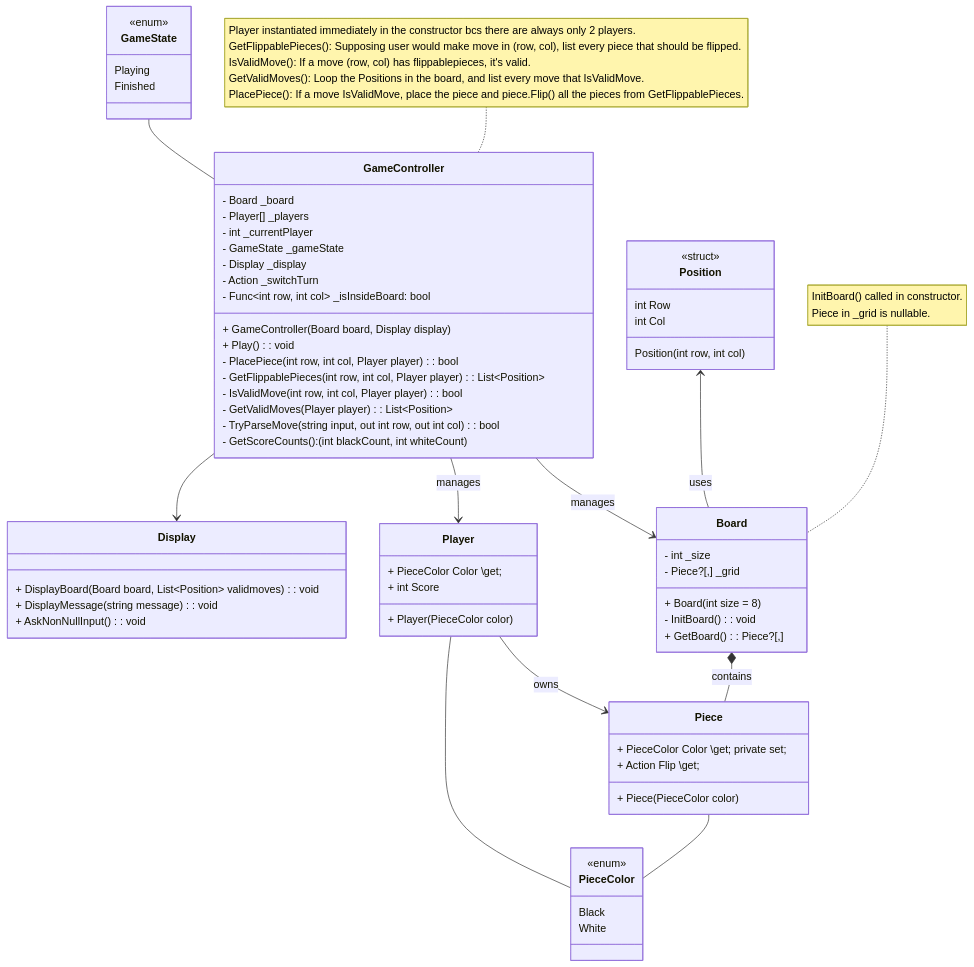
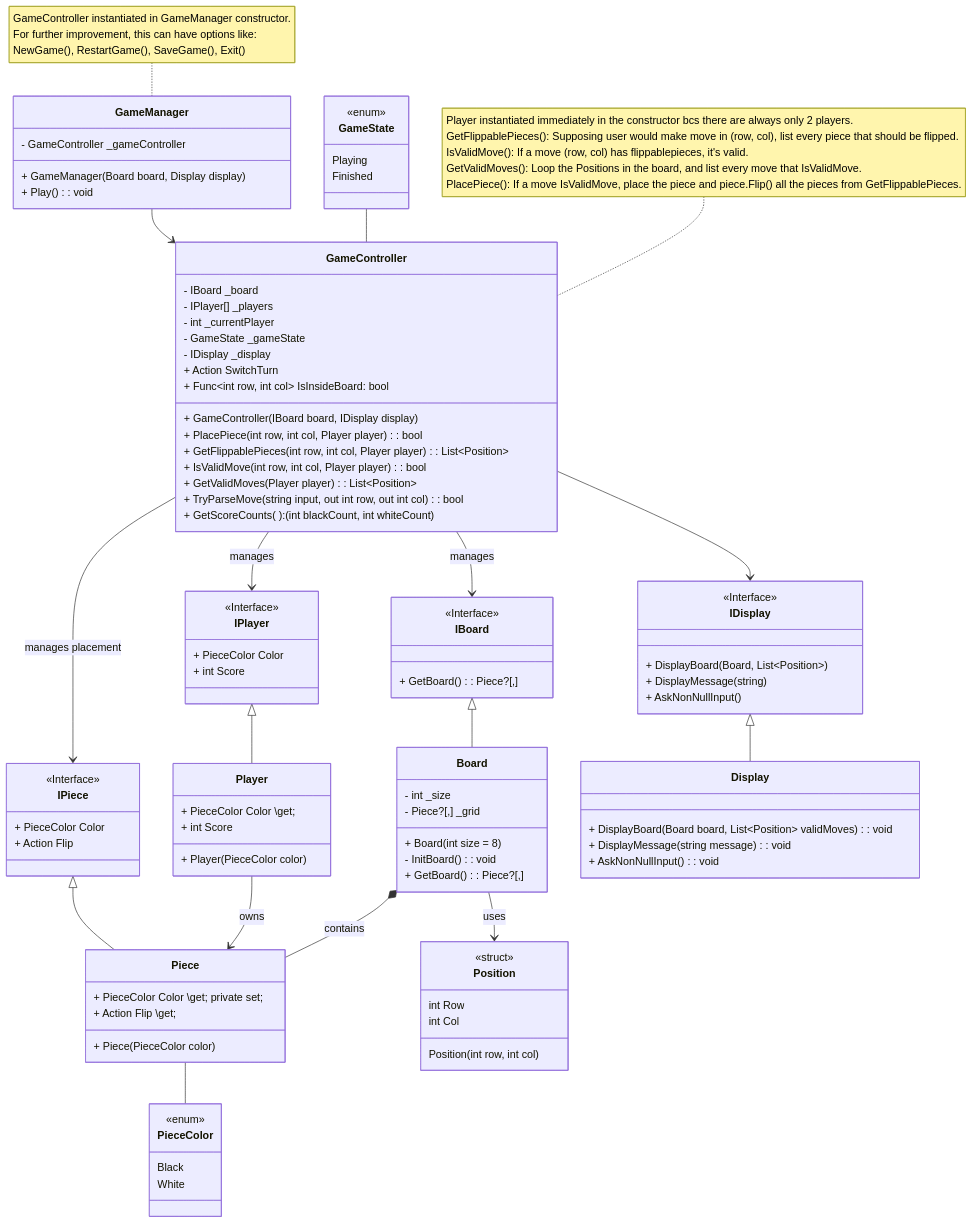
One commit to soniaagst/project-sonia changed the diagram in BoardGame/othelloworld.mmd. Above: the diagram before and after it, drawn with Mermaid.

Commit message:
updated class diagram

```diff
--- a/BoardGame/othelloworld.mmd
+++ b/BoardGame/othelloworld.mmd
@@ -1,118 +1,153 @@
 classDiagram
-    GameController --> Board : manages
-    GameController --> Player : manages
+    GameController --> IBoard : manages
+    GameController --> IPlayer : manages
+    GameController --> IPiece : manages placement
+    GameController --> IDisplay
     GameState -- GameController
-    GameController --> Display
     Board *-- Piece : contains
-    Position <-- Board : uses
+    Board --> Position : uses
     Player --> Piece : owns
-    Player -- PieceColor
     Piece -- PieceColor
+    IDisplay <|-- Display
+    IBoard <|-- Board
+    IPlayer <|-- Player
+    IPiece <|-- Piece
+    GameManager --> GameController
 
     class Display {
-        + DisplayBoard(Board board, List~Position~ validmoves): void
+        + DisplayBoard(Board board, List~Position~ validMoves): void
         + DisplayMessage(string message): void
         + AskNonNullInput( ): void
     }
 
+    class GameManager {
+        - GameController _gameController
+        + GameManager(Board board, Display display)
+        + Play( ): void
+    }
+    note for GameManager "GameController instantiated in GameManager constructor.
+    For further improvement, this can have options like:
+    NewGame(), RestartGame(), SaveGame(), Exit()"
+
     class GameController {
-        - Board _board
-        - Player[] _players
+        - IBoard _board
+        - IPlayer[] _players
         - int _currentPlayer
         - GameState _gameState
-        - Display _display
-        - Action _switchTurn
-        - Func~int row, int col~ _isInsideBoard: bool
-        + GameController(Board board, Display display)
-        + Play(): void
-        - PlacePiece(int row, int col, Player player): bool
-        - GetFlippablePieces(int row, int col, Player player): List~Position~
-        - IsValidMove(int row, int col, Player player): bool
-        - GetValidMoves(Player player): List~Position~
-        - TryParseMove(string input, out int row, out int col): bool
-        - GetScoreCounts(): (int blackCount, int whiteCount)
+        - IDisplay _display
+        + Action SwitchTurn
+        + Func~int row, int col~ IsInsideBoard: bool
+        + GameController(IBoard board, IDisplay display)
+        + PlacePiece(int row, int col, Player player): bool
+        + GetFlippablePieces(int row, int col, Player player): List~Position~
+        + IsValidMove(int row, int col, Player player): bool
+        + GetValidMoves(Player player): List~Position~
+        + TryParseMove(string input, out int row, out int col): bool
+        + GetScoreCounts( ): (int blackCount, int whiteCount)
     }
     note for GameController "Player instantiated immediately in the constructor bcs there are always only 2 players.
     GetFlippablePieces(): Supposing user would make move in (row, col), list every piece that should be flipped.
     IsValidMove(): If a move (row, col) has flippablepieces, it's valid.
     GetValidMoves(): Loop the Positions in the board, and list every move that IsValidMove.
     PlacePiece(): If a move IsValidMove, place the piece and piece.Flip() all the pieces from GetFlippablePieces.
     "
 
     class Board {
         - int _size
         - Piece?[,] _grid
         + Board(int size = 8)
         - InitBoard(): void
         + GetBoard(): Piece?[,]
     }
-    note for Board "InitBoard() called in constructor.
-    Piece in _grid is nullable."
 
     class Piece {
         + PieceColor Color \\get; private set;
         + Action Flip \\get;
         + Piece(PieceColor color)
     }
 
     class Player {
         + PieceColor Color \\get;
         + int Score
         + Player(PieceColor color)
     }
 
     class Position {
         <<struct>>
         int Row
         int Col
         Position(int row, int col)
     }
 
     class PieceColor {
         <<enum>>
         Black
         White
     }
     %% Black marked with X, White marked with O
 
     class GameState {
         <<enum>>
         Playing
         Finished
     }
 
+    class IDisplay {
+        <<Interface>>
+        + DisplayBoard(Board, List~Position~)
+        + DisplayMessage(string)
+        + AskNonNullInput()
+    }
+
+    class IBoard {
+        <<Interface>>
+        + GetBoard(): Piece?[,]
+    }
+
+    class IPiece {
+        <<Interface>>
+        + PieceColor Color
+        + Action Flip
+    }
+
+    class IPlayer {
+        <<Interface>>
+        + PieceColor Color
+        + int Score
+    }
+
 
 %% Rules:
 
 %% 2 players (Black & White), on 8x8 board.
 
 %% Initial board: 4 pieces at the center with this configuration:
-%% W B
-%% B W
+%% W B      or      O X
+%% B W              X O
 
 %% Black moves first.
 
 %% Black (White) place a black (white) piece on the board, 
 %% in such a way that there is at least one straight 
 %% (horizontal, vertical, or diagonal) occupied line 
 %% between the new piece and another black (white) piece, 
 %% with one or more contiguous white (black) pieces between them.
 
 %% After placing the piece, 
 %% Black (White) flips all white pieces lying on a straight line
 %% between the new piece and any existing black (white) pieces.
 
 %% All flipped pieces are now black (white).
 
 %% Players alternate taking turns.
 
 %% If a player does not have any valid moves,
 %% play passes back to the other player.
 
 %% When neither player can move, the game ends.
 
 %% A game of Othello may end before the board is completely filled.
 
 %% The player with the most pieces on the board at the end of the game wins.
 
 %% If both players have the same number of pieces, then the game is a draw.
```
